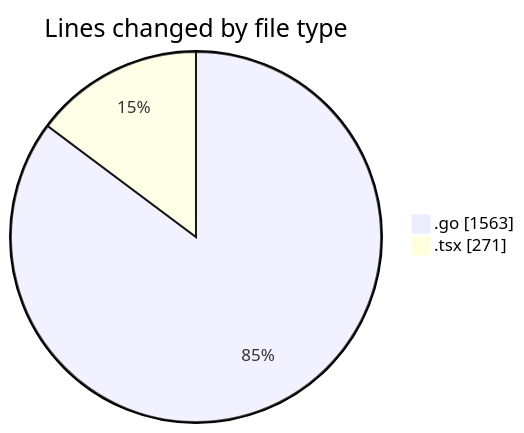
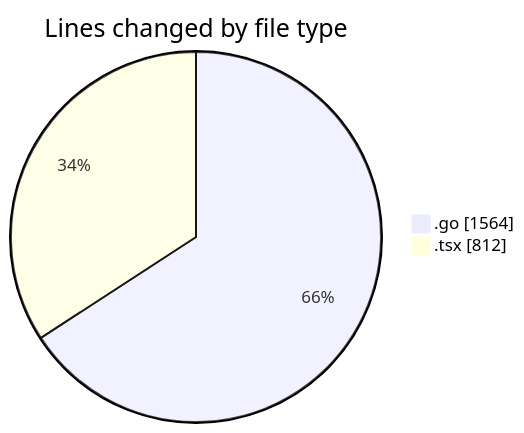
Before and after one commit to robertbonfada/code-tracking: the first of 2 diagrams in 2025-03-10/termonied_testador/README.md, drawn with Mermaid. The commit also changed other lines of this file and 1 other file, not shown here.

````diff
--- a/2025-03-10/termonied_testador/README.md
+++ b/2025-03-10/termonied_testador/README.md
@@ -26,6 +27,6 @@
 ```mermaid
 pie showData
 title Lines changed by file type
-".go" : 1563
-".tsx" : 271
+".go" : 1564
+".tsx" : 812
 ```
````
